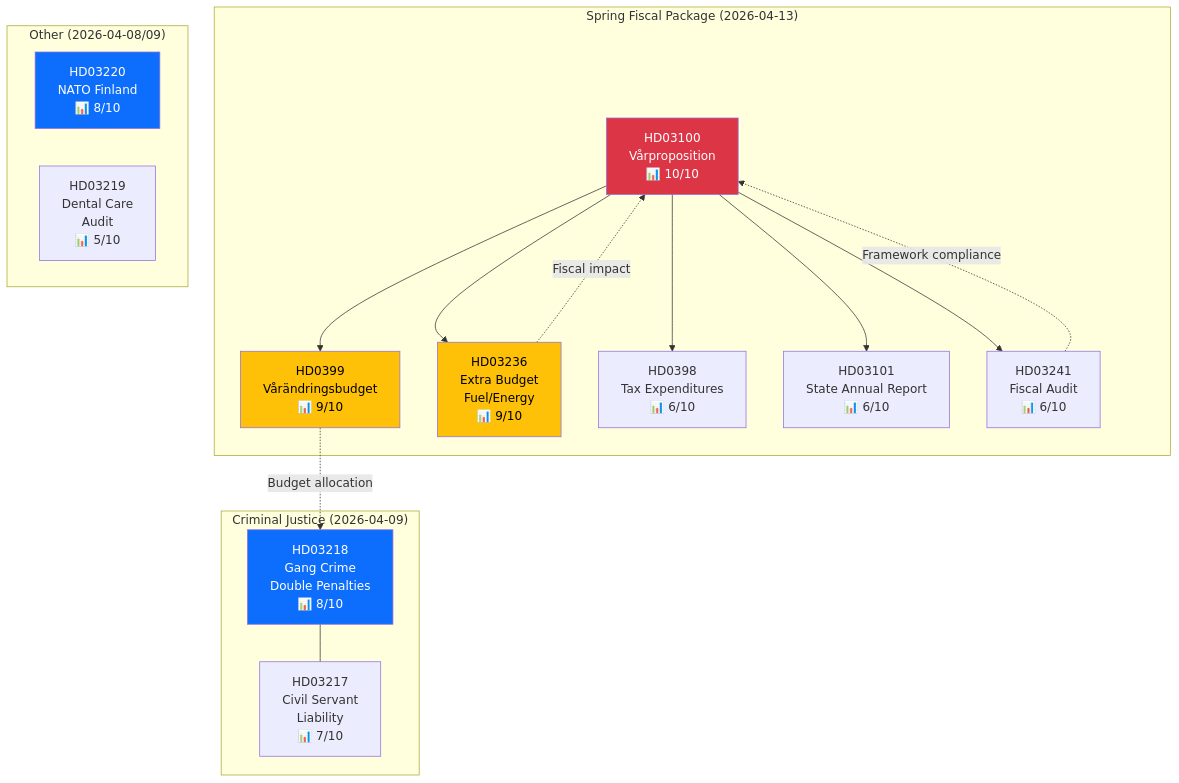
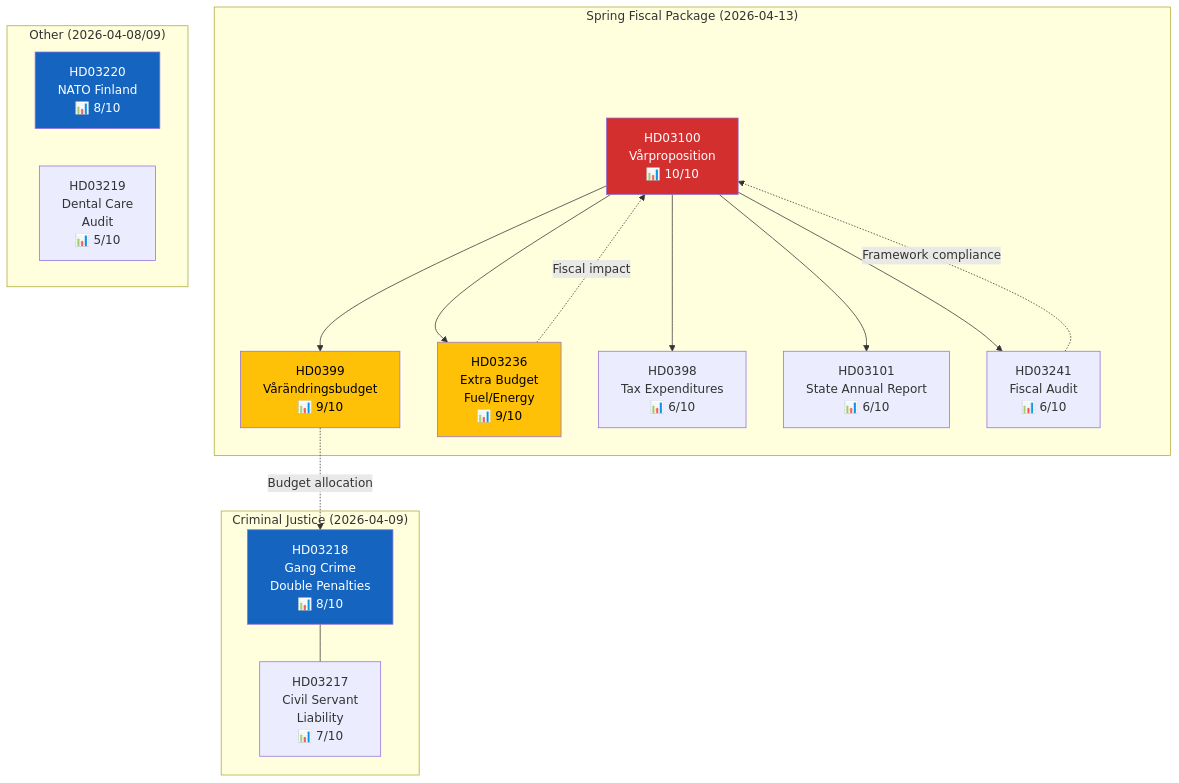
The diagram in analysis/daily/2026-04-13/propositions/cross-reference-map.md (Hack23/riksdagsmonitor), drawn with Mermaid before and after one commit. The commit also changed 785 other files, not shown here.

First line of the commit message:
Normalize mermaid colors across 786 analysis artifacts to ISMS Style Guide palette

````diff
--- a/analysis/daily/2026-04-13/propositions/cross-reference-map.md
+++ b/analysis/daily/2026-04-13/propositions/cross-reference-map.md
@@ -10,29 +10,29 @@
 ```mermaid
 flowchart TD
     subgraph "Spring Fiscal Package (2026-04-13)"
         A["HD03100<br/>Vårproposition<br/>📊 10/10"] --> B["HD0399<br/>Vårändringsbudget<br/>📊 9/10"]
         A --> C["HD03236<br/>Extra Budget<br/>Fuel/Energy<br/>📊 9/10"]
         A --> D["HD0398<br/>Tax Expenditures<br/>📊 6/10"]
         A --> E["HD03101<br/>State Annual Report<br/>📊 6/10"]
         A --> F["HD03241<br/>Fiscal Audit<br/>📊 6/10"]
     end
     
     subgraph "Criminal Justice (2026-04-09)"
         G["HD03218<br/>Gang Crime<br/>Double Penalties<br/>📊 8/10"] --- H["HD03217<br/>Civil Servant<br/>Liability<br/>📊 7/10"]
     end
     
     subgraph "Other (2026-04-08/09)"
         I["HD03220<br/>NATO Finland<br/>📊 8/10"]
         J["HD03219<br/>Dental Care<br/>Audit<br/>📊 5/10"]
     end
     
     B -.->|"Budget allocation"| G
     C -.->|"Fiscal impact"| A
     F -.->|"Framework compliance"| A
 
-    style A fill:#dc3545,color:#fff
-    style B fill:#ffc107,color:#000
-    style C fill:#ffc107,color:#000
-    style G fill:#0d6efd,color:#fff
-    style I fill:#0d6efd,color:#fff
+    style A fill:#D32F2F,color:#FFFFFF
+    style B fill:#FFC107,color:#000000
+    style C fill:#FFC107,color:#000000
+    style G fill:#1565C0,color:#FFFFFF
+    style I fill:#1565C0,color:#FFFFFF
 ```
````
